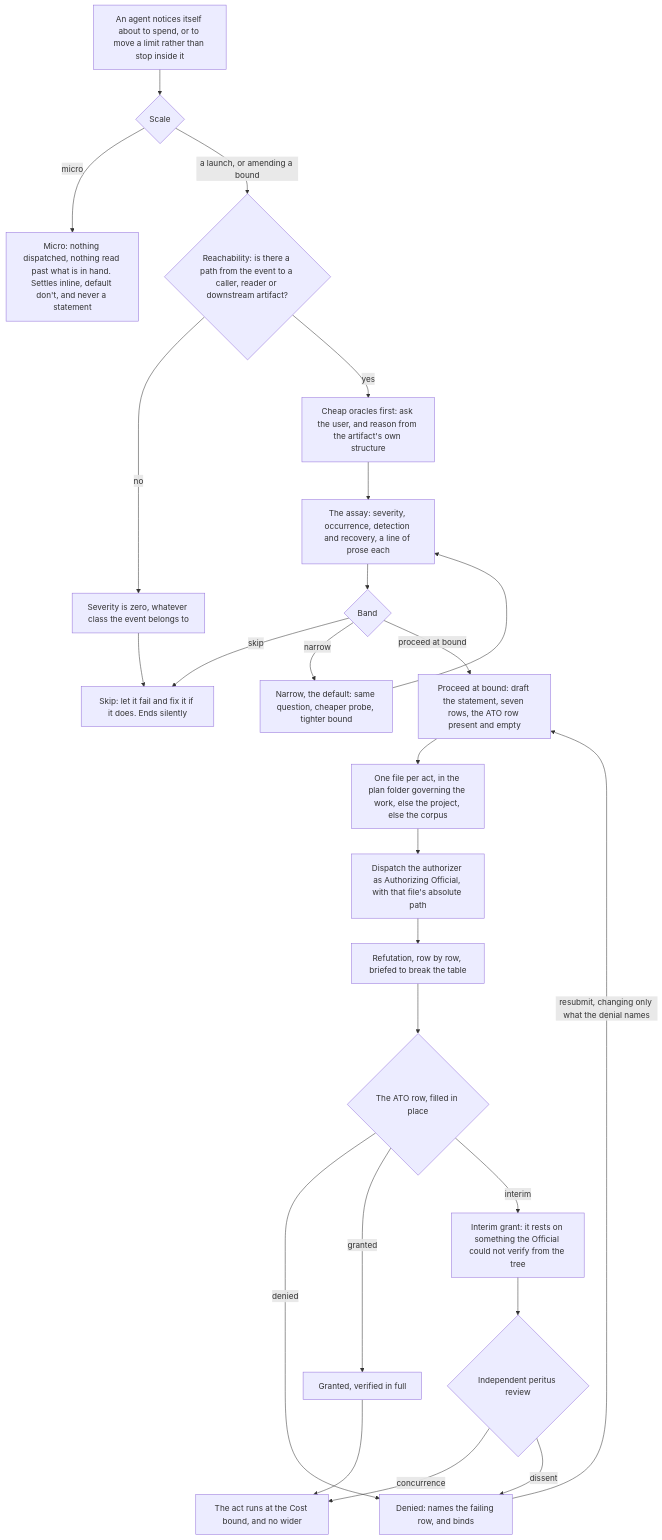
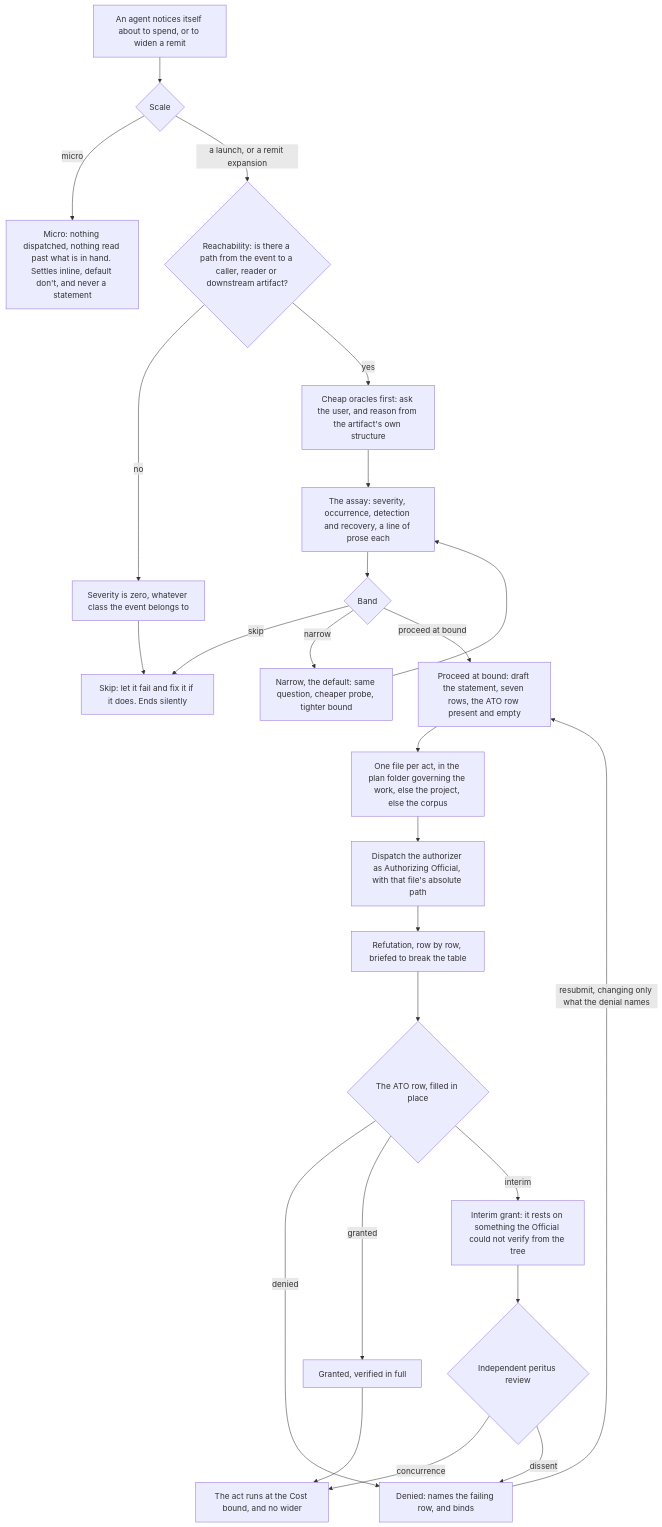
One commit to EricBLivingston/corpus-iuris changed the second of 2 diagrams in docs/governance.md. Above: the diagram before and after it, drawn with Mermaid. The commit also changed other lines of this file and 58 other files, not shown here.

````diff
--- a/docs/governance.md
+++ b/docs/governance.md
@@ -151,48 +117,48 @@
 ```mermaid
 flowchart TD
-  SPEND["An agent notices itself about to spend, or to move a limit rather than stop inside it"]
+  SPEND["An agent notices itself about to spend, or to widen a remit"]
   SCALE{"Scale"}
   MICRO["Micro: nothing dispatched, nothing read past what is in hand. Settles inline, default don't, and never a statement"]
   REACH{"Reachability: is there a path from the event to a caller, reader or downstream artifact?"}
   ZERO["Severity is zero, whatever class the event belongs to"]
   ORACLE["Cheap oracles first: ask the user, and reason from the artifact's own structure"]
   ASSAY["The assay: severity, occurrence, detection and recovery, a line of prose each"]
   BAND{"Band"}
   SKIP["Skip: let it fail and fix it if it does. Ends silently"]
   NARROW["Narrow, the default: same question, cheaper probe, tighter bound"]
   DRAFT["Proceed at bound: draft the statement, seven rows, the ATO row present and empty"]
   FILE["One file per act, in the plan folder governing the work, else the project, else the corpus"]
   AO["Dispatch the authorizer as Authorizing Official, with that file's absolute path"]
   REFUTE["Refutation, row by row, briefed to break the table"]
   DECIDE{"The ATO row, filled in place"}
   DENY["Denied: names the failing row, and binds"]
   FULL["Granted, verified in full"]
   INTERIM["Interim grant: it rests on something the Official could not verify from the tree"]
   PERITUS{"Independent peritus review"}
   ACT["The act runs at the Cost bound, and no wider"]
 
   SPEND --> SCALE
   SCALE -->|"micro"| MICRO
-  SCALE -->|"a launch, or amending a bound"| REACH
+  SCALE -->|"a launch, or a remit expansion"| REACH
   REACH -->|"no"| ZERO
   ZERO --> SKIP
   REACH -->|"yes"| ORACLE
   ORACLE --> ASSAY
   ASSAY --> BAND
   BAND -->|"skip"| SKIP
   BAND -->|"narrow"| NARROW
   NARROW --> ASSAY
   BAND -->|"proceed at bound"| DRAFT
   DRAFT --> FILE
   FILE --> AO
   AO --> REFUTE
   REFUTE --> DECIDE
   DECIDE -->|"denied"| DENY
   DECIDE -->|"granted"| FULL
   DECIDE -->|"interim"| INTERIM
   FULL --> ACT
   INTERIM --> PERITUS
   PERITUS -->|"concurrence"| ACT
   PERITUS -->|"dissent"| DENY
   DENY -->|"resubmit, changing only what the denial names"| DRAFT
 ```
````
